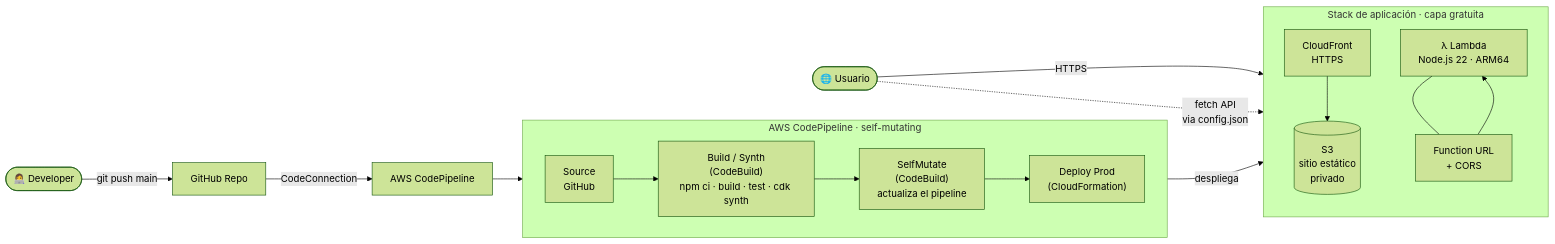
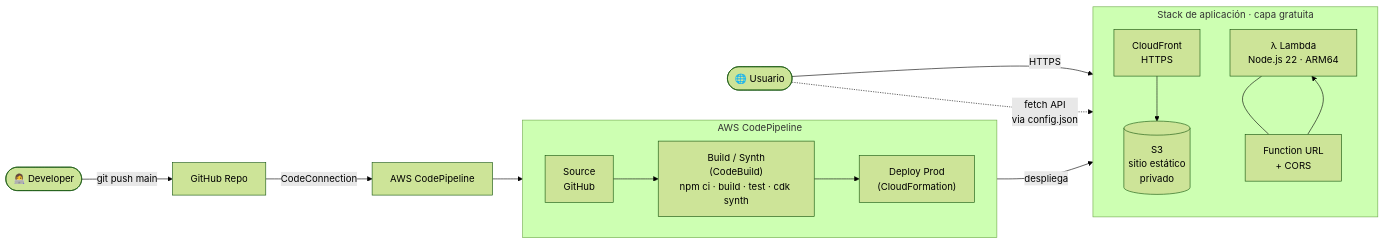
One commit to jothanpe/awsugpiura-cicd changed the diagram in README.md. Above: the diagram before and after it, drawn with Mermaid (forest theme). The commit also changed other lines of this file and 1 other file, not shown here.

````diff
--- a/README.md
+++ b/README.md
@@ -16,24 +16,23 @@
 ```mermaid
 flowchart LR
     Dev([👩‍💻 Developer]) -->|git push main| GH[GitHub Repo]
     GH -->|CodeConnection| CP[AWS CodePipeline]
 
-    subgraph Pipeline [AWS CodePipeline · self-mutating]
+    subgraph Pipeline [AWS CodePipeline]
         direction LR
         S[Source\nGitHub] --> B["Build / Synth\n(CodeBuild)\nnpm ci · build · test · cdk synth"]
-        B --> M["SelfMutate\n(CodeBuild)\nactualiza el pipeline"]
-        M --> D["Deploy Prod\n(CloudFormation)"]
+        B --> D["Deploy Prod\n(CloudFormation)"]
     end
 
     CP --> Pipeline
     D -->|despliega| APP
 
     subgraph APP [Stack de aplicación · capa gratuita]
         direction TB
         CF[CloudFront\nHTTPS] --> S3[(S3\nsitio estático\nprivado)]
         L[λ Lambda\nNode.js 22 · ARM64] --- U[Function URL\n+ CORS]
     end
 
     User([🌐 Usuario]) -->|HTTPS| CF
     User -.->|fetch API\nvia config.json| U --> L
 ```
````
